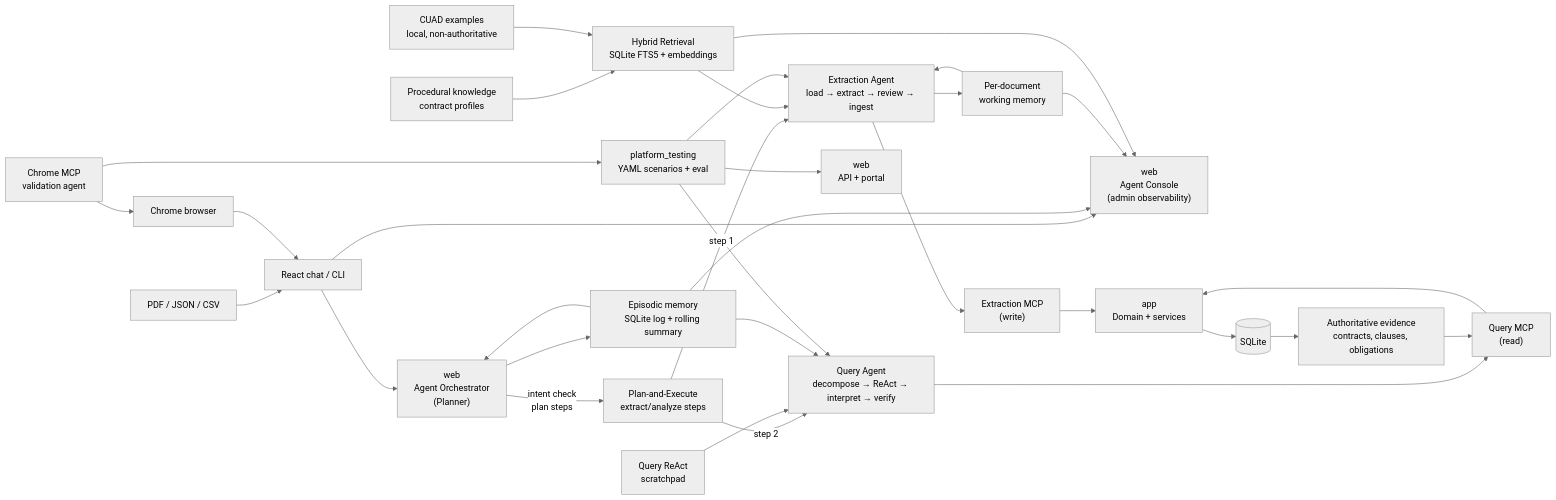
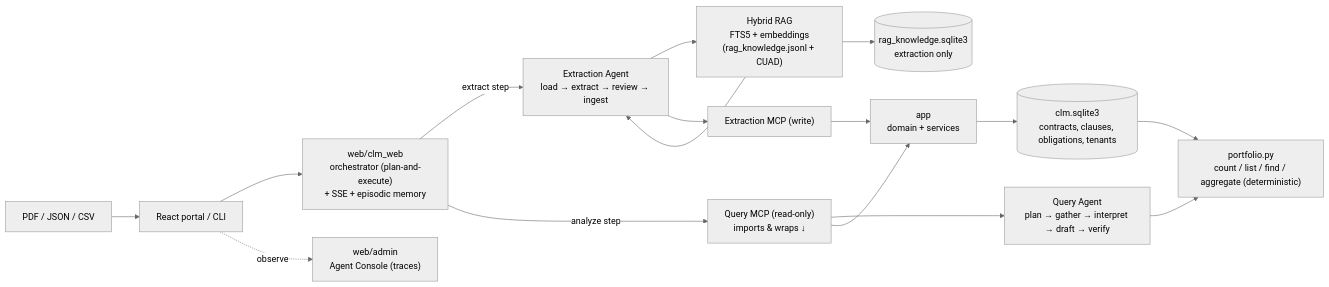
One commit to sepractioners/capstone changed the diagram in docs/agentic-architecture.md. Above: the diagram before and after it, drawn with Mermaid (neutral theme). The commit also changed other lines of this file and 6 other files, not shown here.

````diff
--- a/docs/agentic-architecture.md
+++ b/docs/agentic-architecture.md
@@ -7,39 +7,22 @@
 ```mermaid
 flowchart LR
-    Sources["PDF / JSON / CSV"] --> UI["React chat / CLI"]
-    UI --> Orchestrator["web\nAgent Orchestrator<br/>(Planner)"]
-    UI --> AgentAdmin["web\nAgent Console<br/>(admin observability)"]
-    ChromeAgent["Chrome MCP<br/>validation agent"] --> Chrome["Chrome browser"]
-    Chrome --> UI
-    
-    Orchestrator --> |intent check<br/>plan steps| Planner["Plan-and-Execute<br/>extract/analyze steps"]
-    
-    Planner --> |step 1| ExtractionAgent["Extraction Agent<br/>load → extract → review → ingest"]
-    Planner --> |step 2| QueryAgent["Query Agent<br/>decompose → ReAct → interpret → verify"]
-    
-    ProceduralKnowledge["Procedural knowledge<br/>contract profiles"] --> HybridRAG["Hybrid Retrieval<br/>SQLite FTS5 + embeddings"]
-    CUAD["CUAD examples<br/>local, non-authoritative"] --> HybridRAG
-    HybridRAG --> ExtractionAgent
-    ExtractionAgent --> ExtractionMemory["Per-document<br/>working memory"]
-    ExtractionMemory --> ExtractionAgent
-    
-    QueryMemory["Query ReAct<br/>scratchpad"] --> QueryAgent
-    ConversationMemory["Episodic memory<br/>SQLite log + rolling summary"] --> Orchestrator
-    Orchestrator --> ConversationMemory
-    ConversationMemory --> QueryAgent
-    ConversationMemory --> AgentAdmin
-    ExtractionMemory --> AgentAdmin
-    HybridRAG --> AgentAdmin
-    
-    ExtractionAgent --> ExtractionMCP["Extraction MCP<br/>(write)"]
-    QueryAgent --> QueryMCP["Query MCP<br/>(read)"]
-    ExtractionMCP --> App["app<br/>Domain + services"]
-    QueryMCP --> App
-    App --> SQLite[("SQLite")]
-    SQLite --> ContractEvidence["Authoritative evidence<br/>contracts, clauses, obligations"]
-    ContractEvidence --> QueryMCP
-    Testing["platform_testing<br/>YAML scenarios + eval"] --> Web["web<br/>API + portal"]
-    Testing --> ExtractionAgent
-    Testing --> QueryAgent
-    ChromeAgent --> Testing
+    Sources["PDF / JSON / CSV"] --> UI["React portal / CLI"]
+    UI --> Orch["web/clm_web<br/>orchestrator (plan-and-execute)<br/>+ SSE + episodic memory"]
+    UI -.observe.-> Console["web/admin<br/>Agent Console (traces)"]
+
+    Orch --> |extract step| EA["Extraction Agent<br/>load → extract → review → ingest"]
+    Orch --> |analyze step| QMCP
+
+    EA --> RAG["Hybrid RAG<br/>FTS5 + embeddings<br/>(rag_knowledge.jsonl + CUAD)"]
+    RAG --> EA
+    EA --> EMCP["Extraction MCP (write)"]
+
+    QMCP["Query MCP (read-only)<br/>imports & wraps ↓"] --> QA["Query Agent<br/>plan → gather → interpret → draft → verify"]
+    QA --> Portfolio["portfolio.py<br/>count / list / find / aggregate (deterministic)"]
+
+    EMCP --> App["app<br/>domain + services"]
+    QMCP --> App
+    App --> DomainDB[("clm.sqlite3<br/>contracts, clauses, obligations, tenants")]
+    RAG --> KB[("rag_knowledge.sqlite3<br/>extraction only")]
+    DomainDB --> Portfolio
 ```
````
